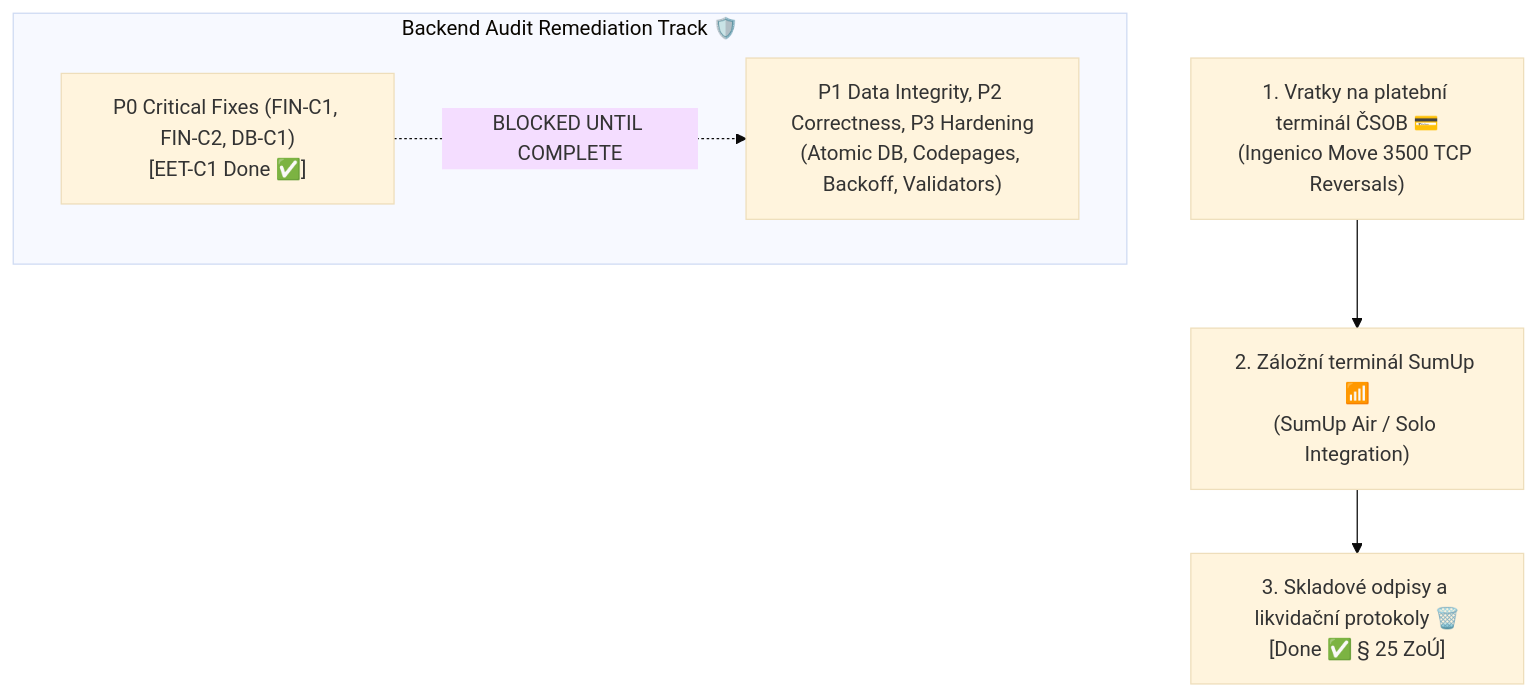
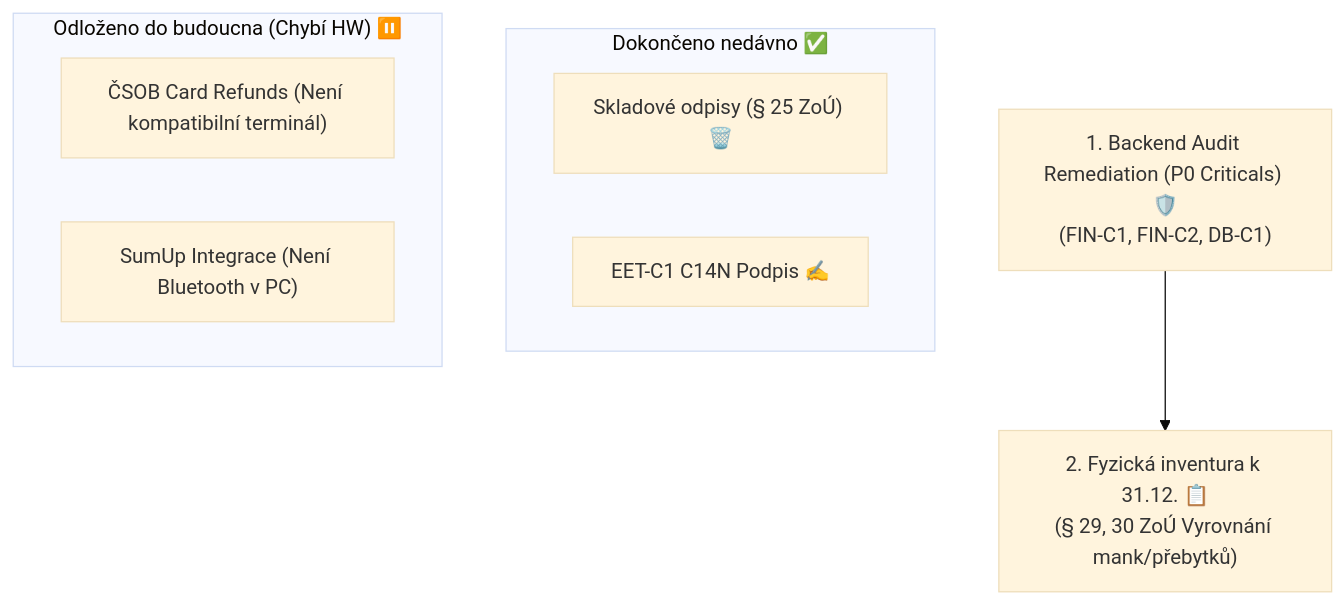
Before and after one commit to MichalKhoa/pos-project: the first of 2 diagrams in docs/ROADMAP.md, drawn with Mermaid (base theme). The commit also changed other lines of this file, not shown here.

Commit message:
docs(roadmap): move ČSOB refunds and SumUp to Phase 5 backlog due to hardware limits

````diff
--- a/docs/ROADMAP.md
+++ b/docs/ROADMAP.md
@@ -14,10 +14,14 @@
 ```mermaid
 graph TD
-    A["1. Vratky na platební terminál ČSOB 💳<br/>(Ingenico Move 3500 TCP Reversals)"] --> B["2. Záložní terminál SumUp 📶<br/>(SumUp Air / Solo Integration)"]
-    B --> C["3. Skladové odpisy a likvidační protokoly 🗑️<br/>[Done ✅ § 25 ZoÚ]"]
+    Audit["1. Backend Audit Remediation (P0 Criticals) 🛡️<br/>(FIN-C1, FIN-C2, DB-C1)"] --> Inv["2. Fyzická inventura k 31.12. 📋<br/>(§ 29, 30 ZoÚ Vyrovnání mank/přebytků)"]
     
-    subgraph AuditTrack["Backend Audit Remediation Track 🛡️"]
-        Crit["P0 Critical Fixes (FIN-C1, FIN-C2, DB-C1)<br/>[EET-C1 Done ✅]"]
-        Crit -.->|"BLOCKED UNTIL COMPLETE"| NonCrit["P1 Data Integrity, P2 Correctness, P3 Hardening<br/>(Atomic DB, Codepages, Backoff, Validators)"]
+    subgraph DoneItems["Dokončeno nedávno ✅"]
+        D1["Skladové odpisy (§ 25 ZoÚ) 🗑️"]
+        D2["EET-C1 C14N Podpis ✍️"]
+    end
+
+    subgraph PausedItems["Odloženo do budoucna (Chybí HW) ⏸️"]
+        P1["ČSOB Card Refunds (Není kompatibilní terminál)"]
+        P2["SumUp Integrace (Není Bluetooth v PC)"]
     end
 ```
````
